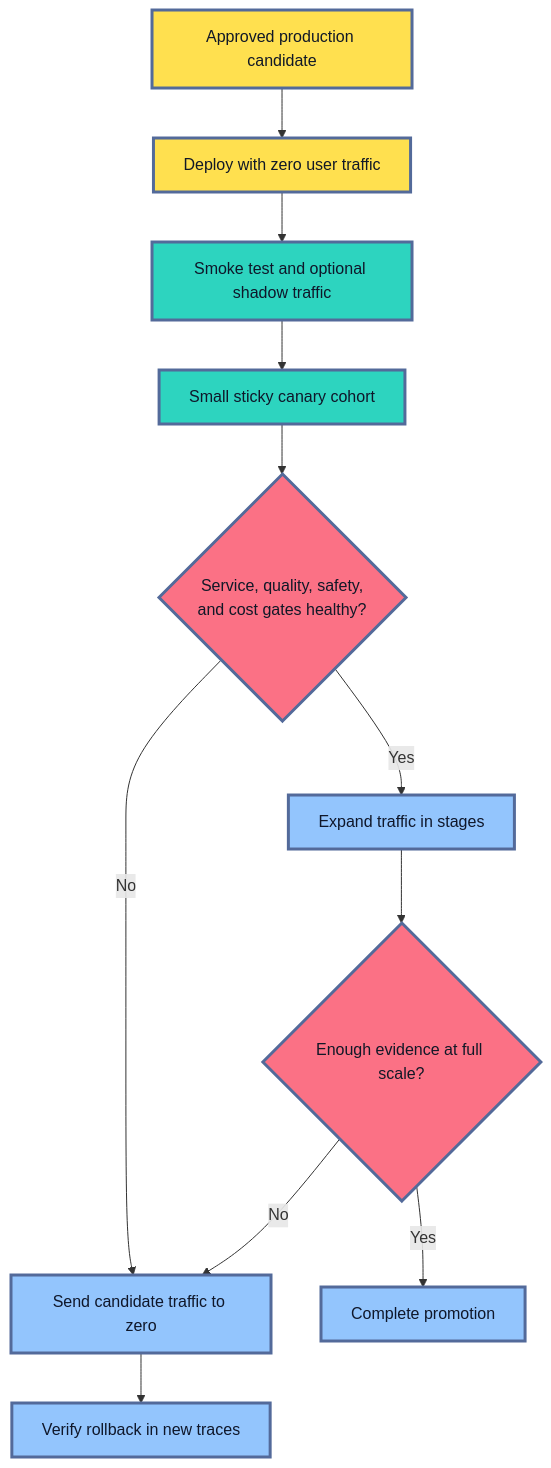
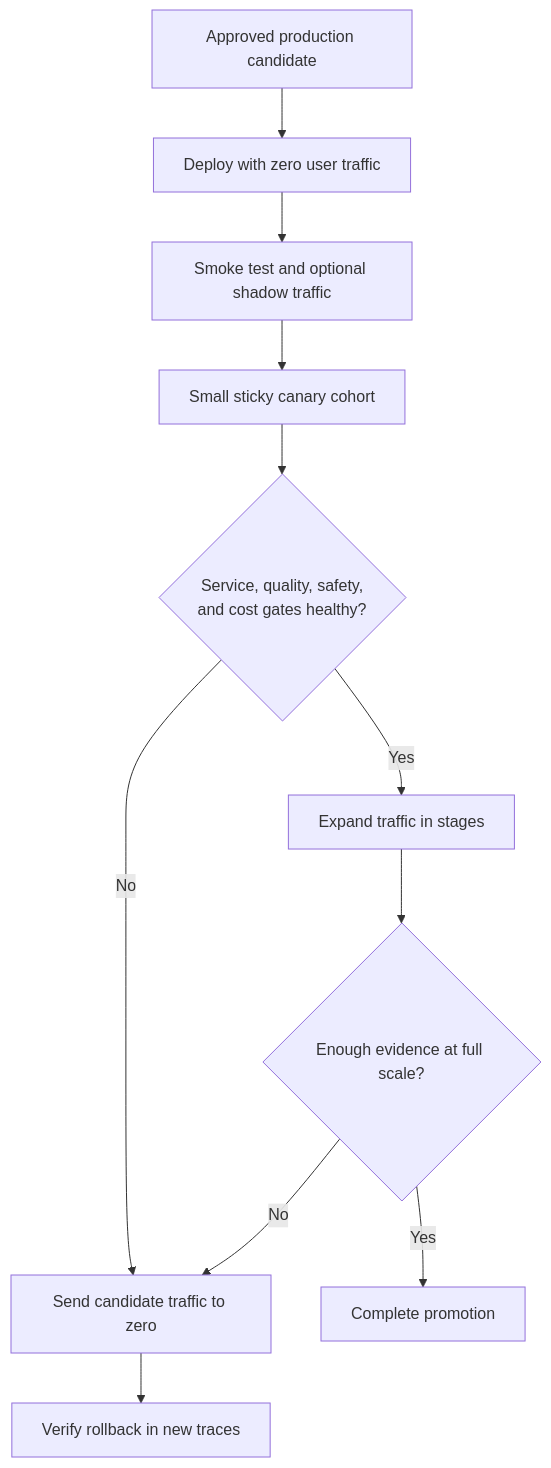
The third of 3 diagrams in roadmaps/mlops/modules/llmops/cost-and-deployment/03-production-deployment.md (senlinyy/dev-roadmaps), drawn with Mermaid before and after one commit. The commit also changed other lines of this file and 152 other files, not shown here.

Commit message:
feat: mlops and diagrams updated

````diff
--- a/roadmaps/mlops/modules/llmops/cost-and-deployment/03-production-deployment.md
+++ b/roadmaps/mlops/modules/llmops/cost-and-deployment/03-production-deployment.md
@@ -371,22 +363,18 @@
 ```mermaid
 flowchart TD
     A["Approved production candidate"] --> B["Deploy with zero user traffic"]
     B --> C["Smoke test and optional shadow traffic"]
     C --> D["Small sticky canary cohort"]
     D --> E{"Service, quality, safety,<br/>and cost gates healthy?"}
     E -->|"Yes"| F["Expand traffic in stages"]
     E -->|"No"| G["Send candidate traffic to zero"]
     F --> H{"Enough evidence at full scale?"}
     H -->|"Yes"| I["Complete promotion"]
     H -->|"No"| G
     G --> J["Verify rollback in new traces"]
 
-    classDef candidate fill:#FFE04F,stroke:#536A9A,stroke-width:3px,color:#111827
-    classDef observe fill:#2DD4BF,stroke:#536A9A,stroke-width:3px,color:#0F172A
-    classDef decision fill:#FB7185,stroke:#536A9A,stroke-width:3px,color:#111827
-    classDef outcome fill:#93C5FD,stroke:#536A9A,stroke-width:3px,color:#0F172A
     class A,B candidate
     class C,D observe
     class E,H decision
     class F,G,I,J outcome
 ```
````
